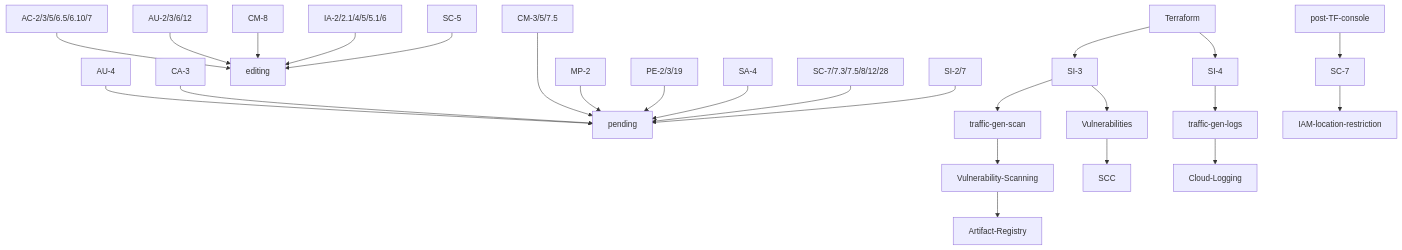
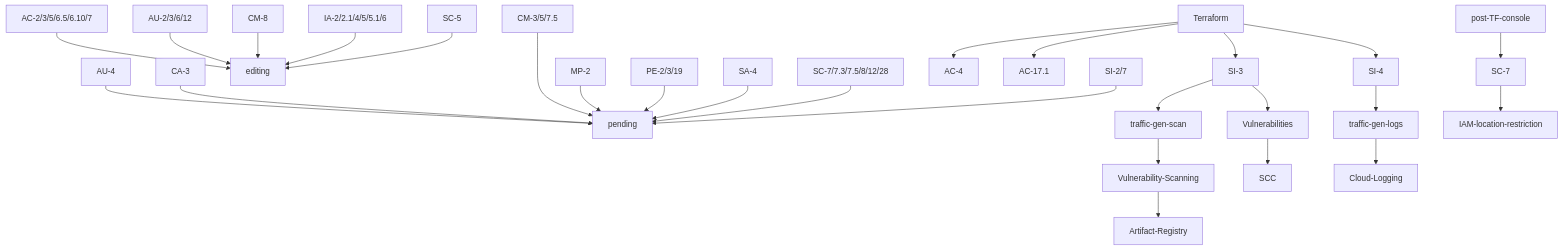
One commit to GoogleCloudPlatform/pbmm-on-gcp-onboarding changed the diagram in docs/google-cloud-security-controls.md. Above: the diagram before and after it, drawn with Mermaid. The commit also changed other lines of this file, not shown here.

````diff
--- a/docs/google-cloud-security-controls.md
+++ b/docs/google-cloud-security-controls.md
@@ -5,37 +5,39 @@
 ```mermaid
 graph TD;
     AU-4-->pending;
     CA-3-->pending;
     CM-3/5/7.5--->pending;
     
     AC-2/3/5/6.5/6.10/7-->editing;
 
     AU-2/3/6/12-->editing;
 
     CM-8-->editing;
 
     IA-2/2.1/4/5/5.1/6-->editing;
     
     MP-2-->pending;
     PE-2/3/19-->pending;
     
     SA-4-->pending;
     SC-7/7.3/7.5/8/12/28-->pending;
     
     SC-5-->editing;
     
     SI-2/7-->pending;
     
+    Terraform-->AC-4;
+    Terraform-->AC-17.1
     Terraform-->SI-3;
     Terraform-->SI-4;
     SI-3-->traffic-gen-scan;
     traffic-gen-scan-->Vulnerability-Scanning;
     Vulnerability-Scanning-->Artifact-Registry;
     SI-3-->Vulnerabilities;
     Vulnerabilities-->SCC;
     SI-4-->traffic-gen-logs;
     traffic-gen-logs-->Cloud-Logging;
     post-TF-console-->SC-7;
     
     SC-7-->IAM-location-restriction;
 ```
````
